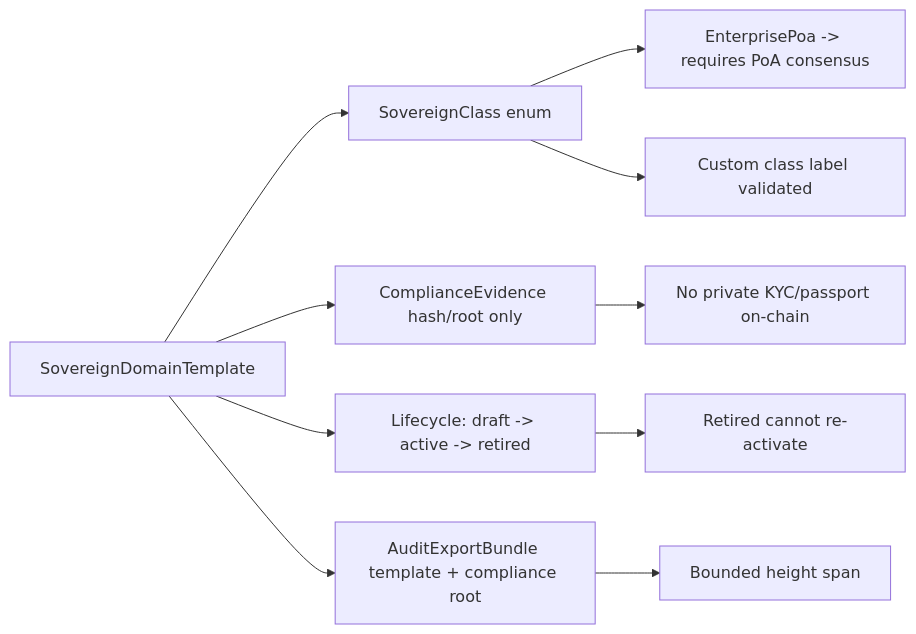
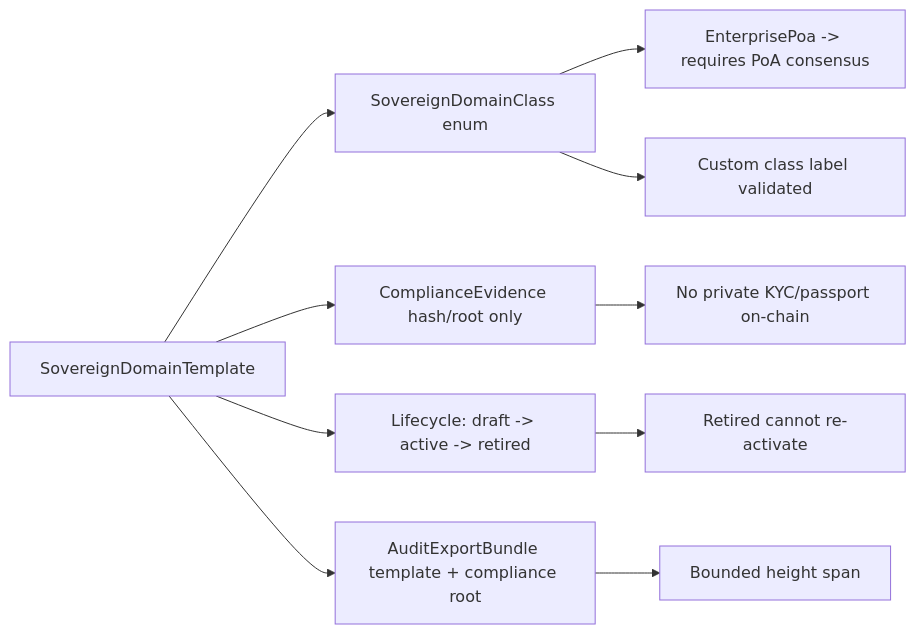
Diagram 47 of 57 in docs/ARCHITECTURE.md (budlum-xyz/budlum), drawn with Mermaid before and after one commit. The commit also changed other lines of this file and 315 other files, not shown here.

````diff
--- a/docs/ARCHITECTURE.md
+++ b/docs/ARCHITECTURE.md
@@ -1351,12 +1435,12 @@
 ```mermaid
 flowchart LR
-  Template[SovereignDomainTemplate] --> Class[SovereignClass enum]
+  Template[SovereignDomainTemplate] --> Class[SovereignDomainClass enum]
   Class --> PoA[EnterprisePoa -> requires PoA consensus]
   Class --> Custom[Custom class label validated]
   Template --> Compliance[ComplianceEvidence hash/root only]
   Compliance --> NoPII[No private KYC/passport on-chain]
   Template --> Lifecycle[Lifecycle: draft -> active -> retired]
   Lifecycle --> NoReactivate[Retired cannot re-activate]
   Template --> Audit["AuditExportBundle template + compliance root"]
   Audit --> Bounded[Bounded height span]
 ```
````
